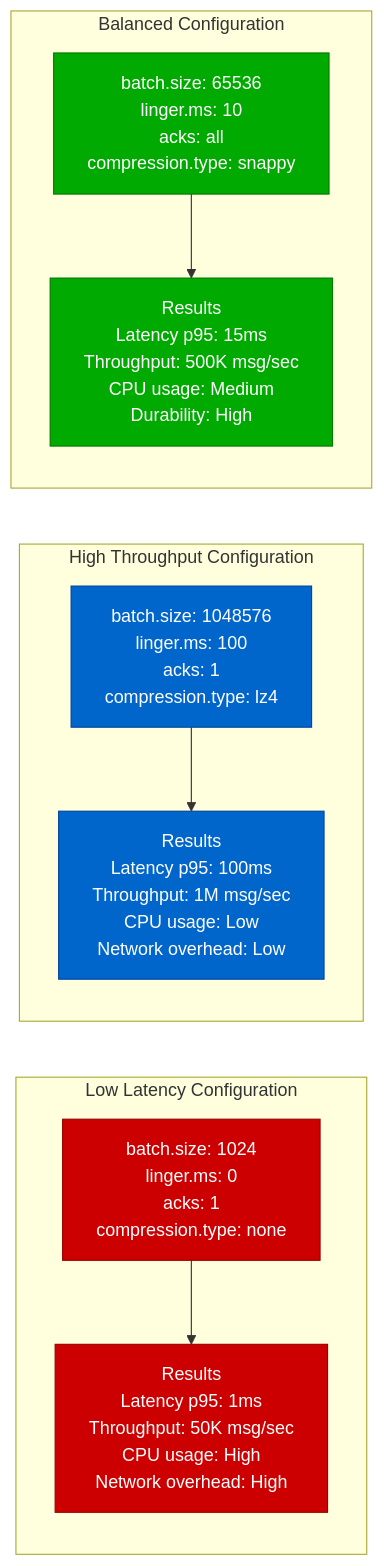
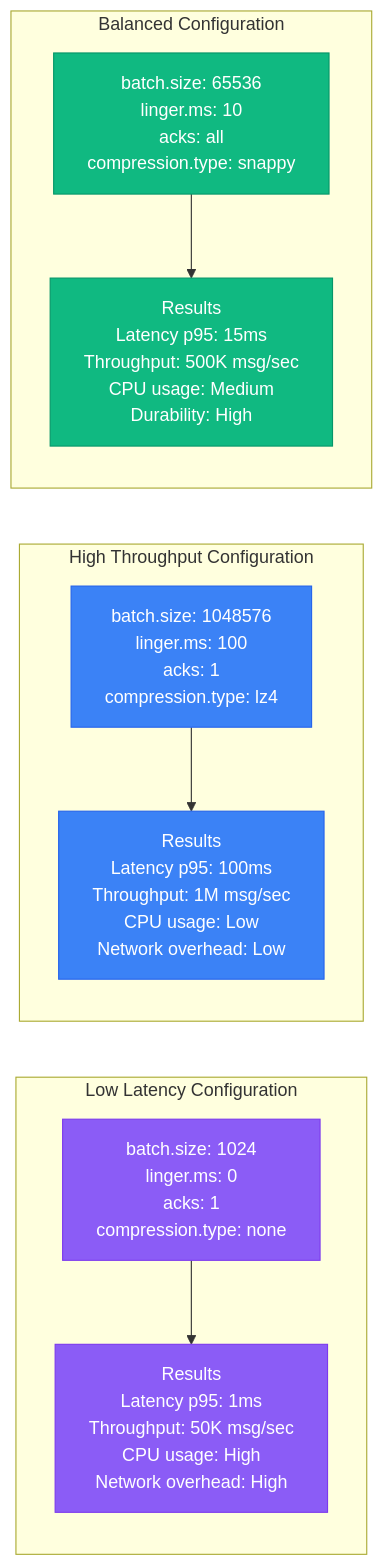
One commit to deepaucksharma/DS changed the fifth of 13 diagrams in site/docs/performance/kafka-performance-profile.md. Above: the diagram before and after it, drawn with Mermaid. The commit also changed other lines of this file and 303 other files, not shown here.

````diff
--- a/site/docs/performance/kafka-performance-profile.md
+++ b/site/docs/performance/kafka-performance-profile.md
@@ -171,34 +171,34 @@
 ```mermaid
 graph LR
     subgraph "Low Latency Configuration"
         LL1[batch.size: 1024<br/>linger.ms: 0<br/>acks: 1<br/>compression.type: none]
 
         LL2[Results<br/>Latency p95: 1ms<br/>Throughput: 50K msg/sec<br/>CPU usage: High<br/>Network overhead: High]
 
         LL1 --> LL2
     end
 
     subgraph "High Throughput Configuration"
         HT1[batch.size: 1048576<br/>linger.ms: 100<br/>acks: 1<br/>compression.type: lz4]
 
         HT2[Results<br/>Latency p95: 100ms<br/>Throughput: 1M msg/sec<br/>CPU usage: Low<br/>Network overhead: Low]
 
         HT1 --> HT2
     end
 
     subgraph "Balanced Configuration"
         BAL1[batch.size: 65536<br/>linger.ms: 10<br/>acks: all<br/>compression.type: snappy]
 
         BAL2[Results<br/>Latency p95: 15ms<br/>Throughput: 500K msg/sec<br/>CPU usage: Medium<br/>Durability: High]
 
         BAL1 --> BAL2
     end
 
-    classDef lowLatencyStyle fill:#CC0000,stroke:#990000,color:#fff
-    classDef highThroughputStyle fill:#0066CC,stroke:#004499,color:#fff
-    classDef balancedStyle fill:#00AA00,stroke:#007700,color:#fff
+    classDef lowLatencyStyle fill:#8B5CF6,stroke:#7C3AED,color:#fff
+    classDef highThroughputStyle fill:#3B82F6,stroke:#2563EB,color:#fff
+    classDef balancedStyle fill:#10B981,stroke:#059669,color:#fff
 
     class LL1,LL2 lowLatencyStyle
     class HT1,HT2 highThroughputStyle
     class BAL1,BAL2 balancedStyle
 ```
````
